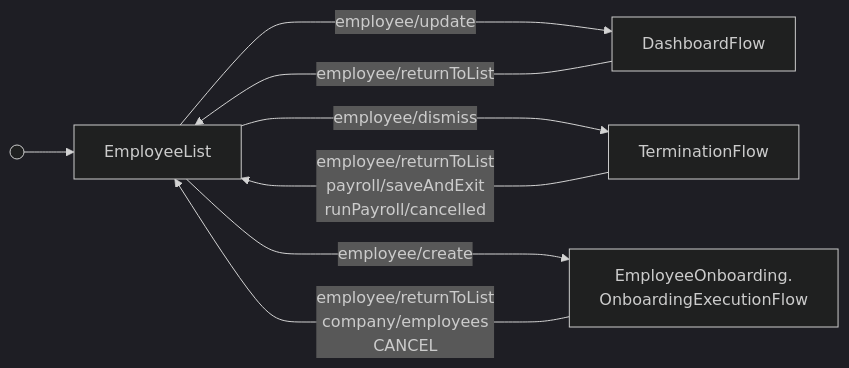
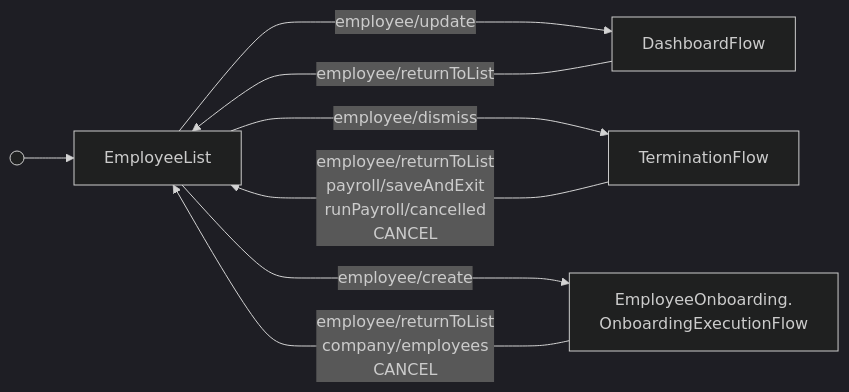
The diagram in docs/reference/employee/management/employee-list-flow.md (Gusto/embedded-react-sdk), drawn with Mermaid (dark theme) before and after one commit. The commit also changed other lines of this file and 1 other file, not shown here.

Commit message:
docs(SDK-1337): document CANCEL transition out of TerminationFlow
EmployeeListFlow's GUIDE.md described the dismiss sub-flow's exits
before the CANCEL fix landed; add it to the prose and flow diagram.

````diff
--- a/docs/reference/employee/management/employee-list-flow.md
+++ b/docs/reference/employee/management/employee-list-flow.md
@@ -80,16 +80,16 @@
 ```mermaid
 flowchart LR
   start@{ shape: sm-circ } --> EmployeeList
 
   EmployeeList ---->|"employee/update"| DashboardFlow
   EmployeeList ---->|"employee/dismiss"| TerminationFlow
   EmployeeList ---->|"employee/create"| OnboardingExecutionFlow["EmployeeOnboarding.<br/>OnboardingExecutionFlow"]
 
   DashboardFlow -->|"employee/returnToList"| EmployeeList
-  TerminationFlow -->|"employee/returnToList<br/>payroll/saveAndExit<br/>runPayroll/cancelled"| EmployeeList
+  TerminationFlow -->|"employee/returnToList<br/>payroll/saveAndExit<br/>runPayroll/cancelled<br/>CANCEL"| EmployeeList
   OnboardingExecutionFlow -->|"employee/returnToList<br/>company/employees<br/>CANCEL"| EmployeeList
 
   class DashboardFlow flow
   class TerminationFlow flow
   class OnboardingExecutionFlow flow
 ```
````
